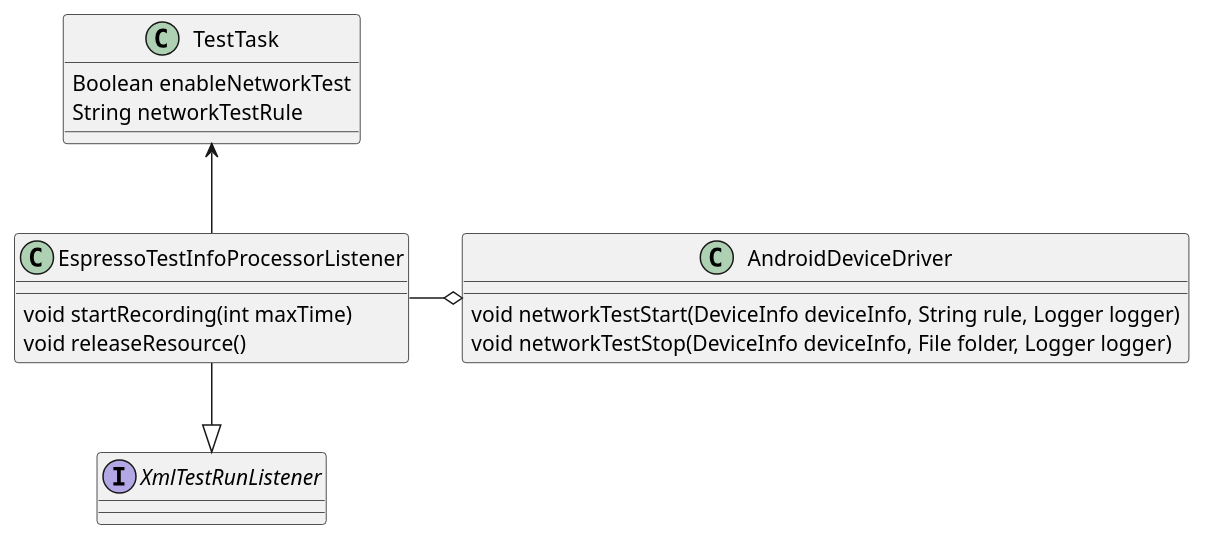
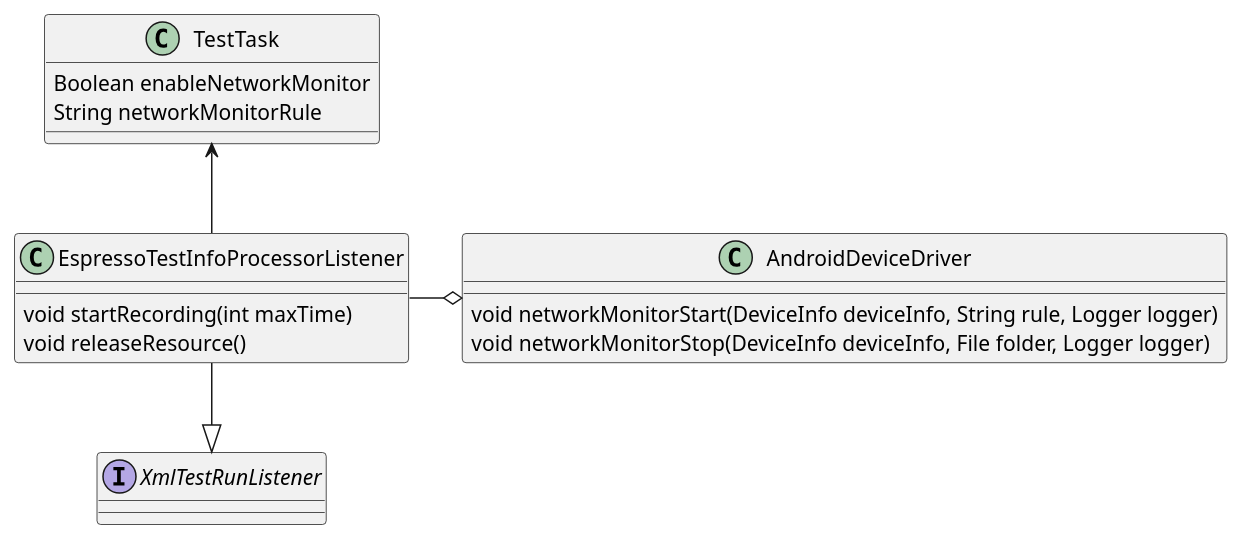
The diagram in agent/doc/UML/agent_network_test_design.puml (microsoft/HydraLab), drawn with PlantUML before and after one commit. The commit also changed 17 other files, not shown here.

```diff
--- a/agent/doc/UML/agent_network_test_design.puml
+++ b/agent/doc/UML/agent_network_test_design.puml
@@ -1,25 +1,25 @@
-@startuml test_notify_uml
+@startuml agent_network_test_design
 
 class TestTask {
-    Boolean enableNetworkTest
-    String networkTestRule
+    Boolean enableNetworkMonitor
+    String networkMonitorRule
 }
 
 class EspressoTestInfoProcessorListener {
     void startRecording(int maxTime)
     void releaseResource()
 }
 
 interface XmlTestRunListener {
 }
 
 class AndroidDeviceDriver {
-    void networkTestStart(DeviceInfo deviceInfo, String rule, Logger logger)
-    void networkTestStop(DeviceInfo deviceInfo, File folder, Logger logger)
+    void networkMonitorStart(DeviceInfo deviceInfo, String rule, Logger logger)
+    void networkMonitorStop(DeviceInfo deviceInfo, File folder, Logger logger)
 }
 
 EspressoTestInfoProcessorListener -u-> TestTask
 EspressoTestInfoProcessorListener -d-|> XmlTestRunListener
 EspressoTestInfoProcessorListener -o AndroidDeviceDriver
 
 @enduml
```
